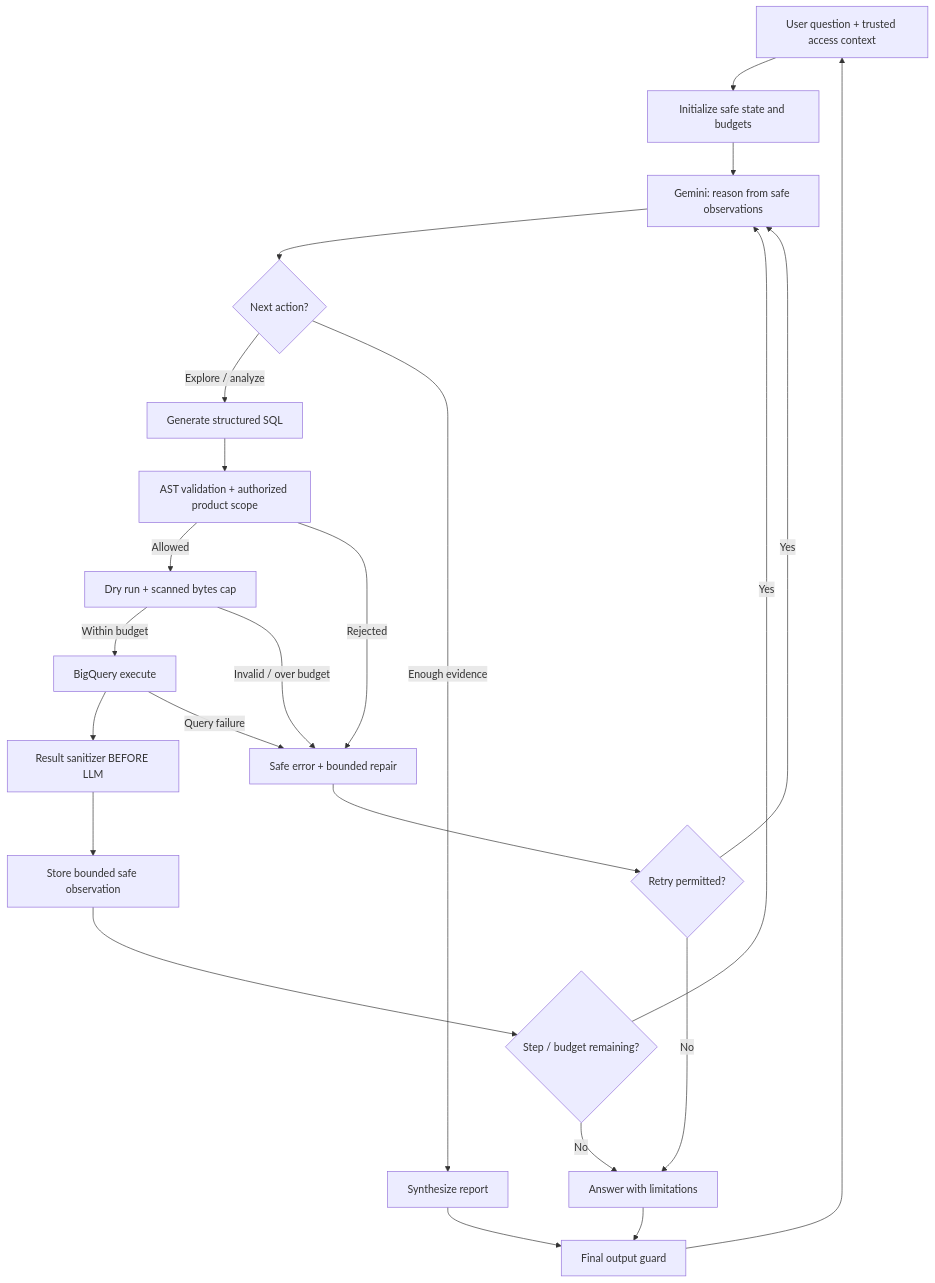
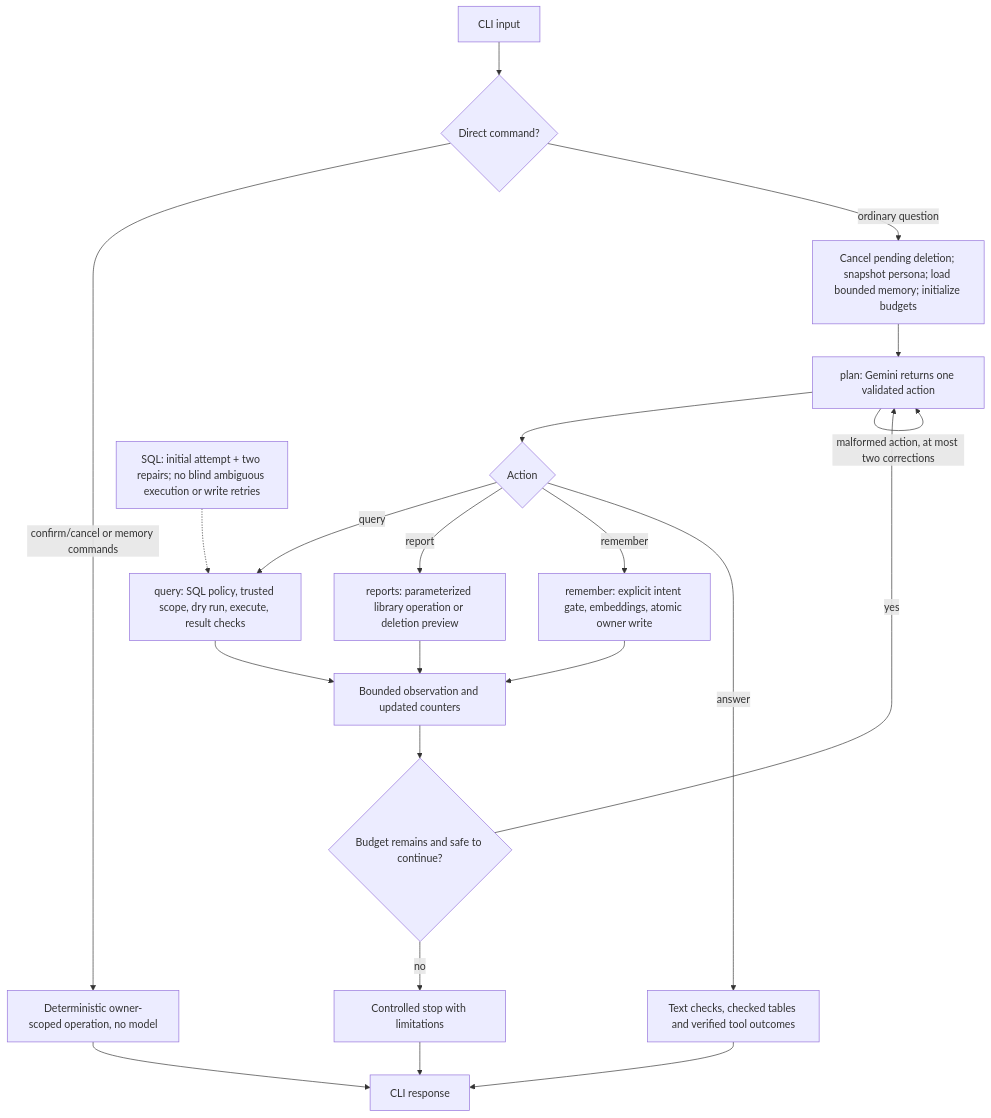
Before and after one commit to BenFruit/opsfleet_retail: the diagram in HLD/agent-loop.mmd, drawn with Mermaid. The commit also changed 39 other files, not shown here.

First line of the commit message:
feat: add persistent user memory and consolidate architecture docs

```diff
--- a/HLD/agent-loop.mmd
+++ b/HLD/agent-loop.mmd
@@ -1,23 +1,21 @@
 flowchart TD
-    U["User question + trusted access context"] --> INIT["Initialize safe state and budgets"]
-    INIT --> THINK["Gemini: reason from safe observations"]
-    THINK --> DEC{"Next action?"}
-    DEC -->|"Explore / analyze"| PLAN["Generate structured SQL"]
-    PLAN --> VALID["AST validation + authorized product scope"]
-    VALID -->|"Allowed"| DRY["Dry run + scanned bytes cap"]
-    DRY -->|"Within budget"| RUN["BigQuery execute"]
-    RUN --> SAN["Result sanitizer BEFORE LLM"]
-    SAN --> STATE["Store bounded safe observation"]
-    STATE --> LIMIT{"Step / budget remaining?"}
-    LIMIT -->|"Yes"| THINK
-    LIMIT -->|"No"| PARTIAL["Answer with limitations"]
-    VALID -->|"Rejected"| ERR["Safe error + bounded repair"]
-    DRY -->|"Invalid / over budget"| ERR
-    RUN -->|"Query failure"| ERR
-    ERR --> RETRY{"Retry permitted?"}
-    RETRY -->|"Yes"| THINK
-    RETRY -->|"No"| PARTIAL
-    DEC -->|"Enough evidence"| ANSWER["Synthesize report"]
-    ANSWER --> FINAL["Final output guard"]
-    PARTIAL --> FINAL
-    FINAL --> U
+    INPUT["CLI input"] --> CMD{"Direct command?"}
+    CMD -->|"confirm/cancel or memory commands"| DIRECT["Deterministic owner-scoped operation, no model"]
+    CMD -->|"ordinary question"| INIT["Cancel pending deletion; snapshot persona; load bounded memory; initialize budgets"]
+    INIT --> PLAN["plan: Gemini returns one validated action"]
+    PLAN --> ACT{"Action"}
+    ACT -->|query| QUERY["query: SQL policy, trusted scope, dry run, execute, result checks"]
+    ACT -->|report| REPORT["reports: parameterized library operation or deletion preview"]
+    ACT -->|remember| MEM["remember: explicit intent gate, embeddings, atomic owner write"]
+    QUERY --> OBS["Bounded observation and updated counters"]
+    REPORT --> OBS
+    MEM --> OBS
+    OBS --> BUDGET{"Budget remains and safe to continue?"}
+    BUDGET -->|yes| PLAN
+    BUDGET -->|no| STOP["Controlled stop with limitations"]
+    PLAN -->|"malformed action, at most two corrections"| PLAN
+    ACT -->|answer| FINAL["Text checks, checked tables and verified tool outcomes"]
+    STOP --> OUT["CLI response"]
+    FINAL --> OUT
+    DIRECT --> OUT
+    NOTE["SQL: initial attempt + two repairs; no blind ambiguous execution or write retries"] -.-> QUERY
```
